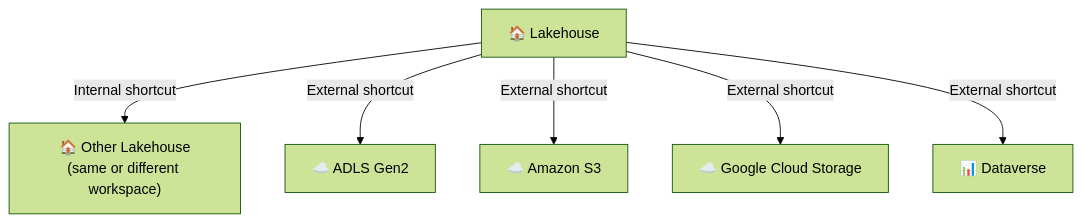
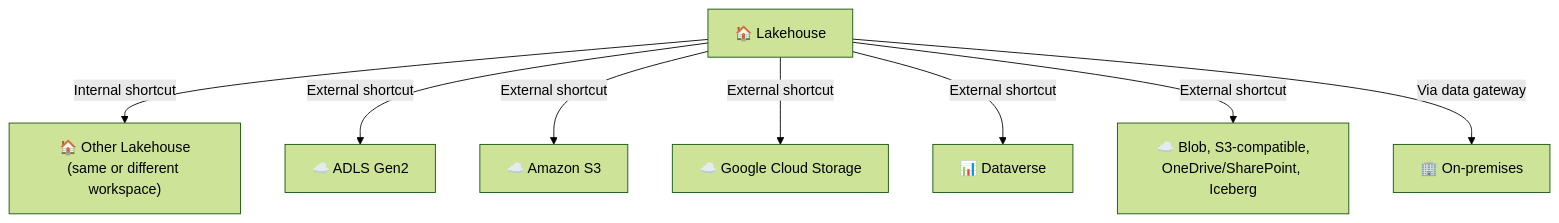
The sixth of 12 diagrams in 02-ingest-transform-data.md (marcogrimaldi29/dp-700-study-notes), drawn with Mermaid (forest theme) before and after one commit. The commit also changed other lines of this file and 7 other files, not shown here.

````diff
--- a/02-ingest-transform-data.md
+++ b/02-ingest-transform-data.md
@@ -153,8 +209,10 @@
 ```mermaid
 flowchart TD
     LH["🏠 Lakehouse"] -->|"Internal shortcut"| OTHER_LH["🏠 Other Lakehouse\n(same or different workspace)"]
     LH -->|"External shortcut"| ADLS["☁️ ADLS Gen2"]
     LH -->|"External shortcut"| S3["☁️ Amazon S3"]
     LH -->|"External shortcut"| GCS["☁️ Google Cloud Storage"]
     LH -->|"External shortcut"| DV["📊 Dataverse"]
+    LH -->|"External shortcut"| MORE["☁️ Blob, S3-compatible,\nOneDrive/SharePoint, Iceberg"]
+    LH -->|"Via data gateway"| ONPREM["🏢 On-premises"]
 ```
````
